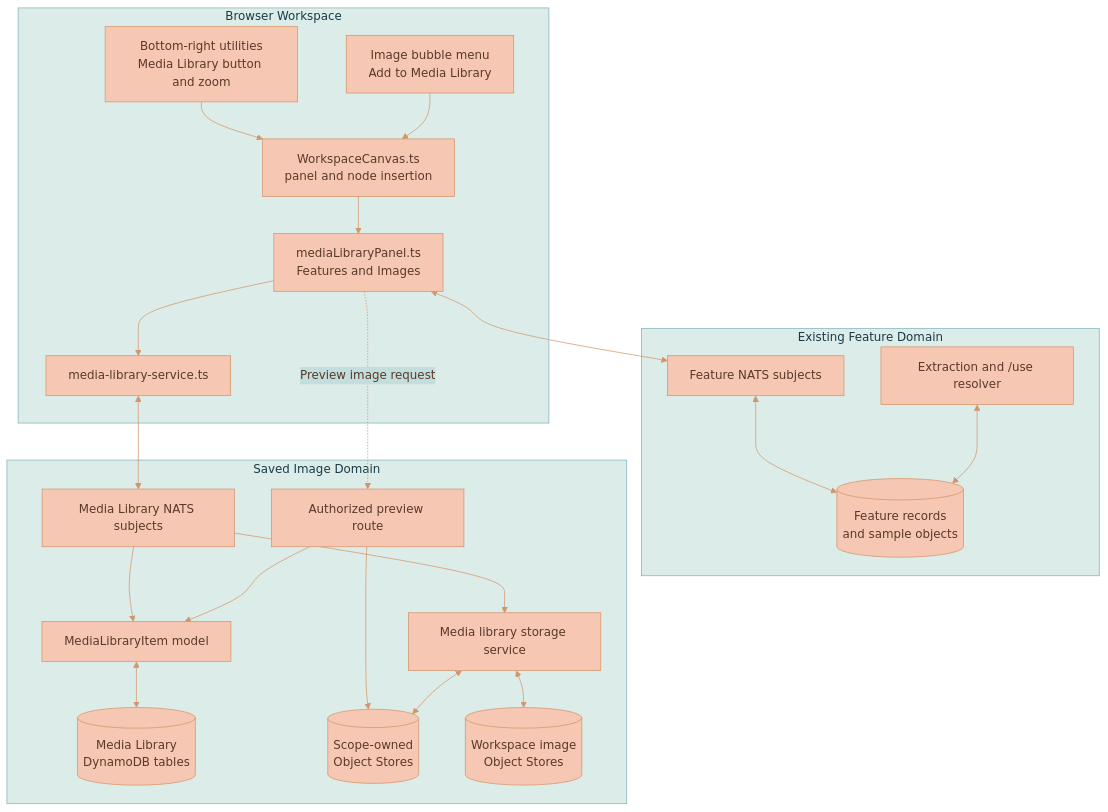
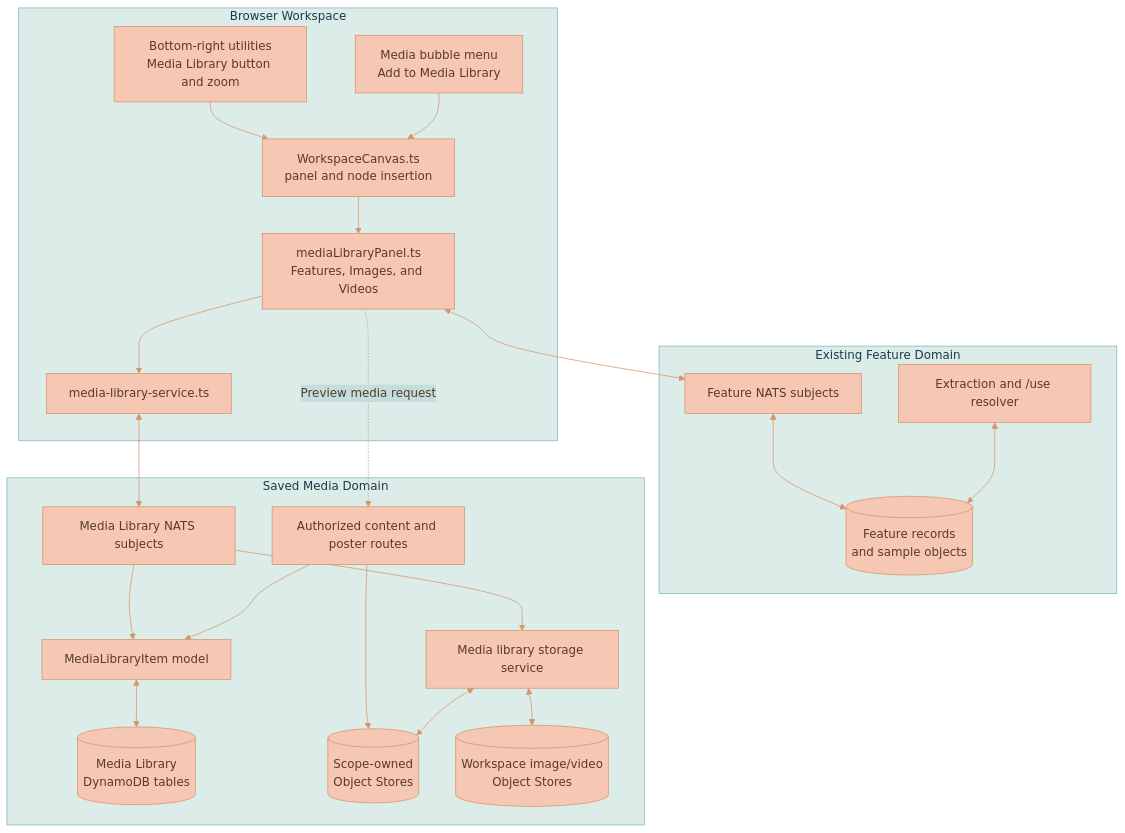
Before and after one commit to Lixpi/lixpi: the first of 2 diagrams in documentation/features/MEDIA-LIBRARY.md, drawn with Mermaid. The commit also changed other lines of this file and 13 other files, not shown here.

````diff
--- a/documentation/features/MEDIA-LIBRARY.md
+++ b/documentation/features/MEDIA-LIBRARY.md
@@ -39,44 +43,44 @@
 ```mermaid
 %%{init: {'theme': 'base', 'themeVariables': { 'primaryColor': '#F6C7B3', 'primaryTextColor': '#5a3a2a', 'primaryBorderColor': '#d4956a', 'secondaryColor': '#C3DEDD', 'secondaryTextColor': '#1a3a47', 'secondaryBorderColor': '#4a8a9d', 'tertiaryColor': '#DCECE9', 'tertiaryTextColor': '#1a3a47', 'tertiaryBorderColor': '#82B2C0', 'lineColor': '#d4956a', 'textColor': '#5a3a2a'}}}%%
 flowchart TB
     subgraph Browser["Browser Workspace"]
         Toolbar[Bottom-right utilities<br/>Media Library button and zoom]
-        Bubble[Image bubble menu<br/>Add to Media Library]
+        Bubble[Media bubble menu<br/>Add to Media Library]
         Canvas[WorkspaceCanvas.ts<br/>panel and node insertion]
-        Panel[mediaLibraryPanel.ts<br/>Features and Images]
-        ImageService[media-library-service.ts]
+        Panel[mediaLibraryPanel.ts<br/>Features, Images, and Videos]
+        MediaService[media-library-service.ts]
         Toolbar --> Canvas
         Bubble --> Canvas
         Canvas --> Panel
-        Panel --> ImageService
+        Panel --> MediaService
     end
 
     subgraph FeatureDomain["Existing Feature Domain"]
         FeatureSubjects[Feature NATS subjects]
         FeatureRecords[(Feature records<br/>and sample objects)]
         Resolver[Extraction and /use resolver]
         FeatureSubjects <--> FeatureRecords
         Resolver <--> FeatureRecords
     end
 
-    subgraph ImageDomain["Saved Image Domain"]
+    subgraph MediaDomain["Saved Media Domain"]
         MediaSubjects[Media Library NATS subjects]
-        MediaRoutes[Authorized preview route]
+        MediaRoutes[Authorized content and poster routes]
         MediaModel[MediaLibraryItem model]
         MediaStorage[Media library storage service]
         MediaRecords[(Media Library<br/>DynamoDB tables)]
         LibraryObjects[(Scope-owned<br/>Object Stores)]
-        WorkspaceObjects[(Workspace image<br/>Object Stores)]
+        WorkspaceObjects[(Workspace image/video<br/>Object Stores)]
         MediaSubjects --> MediaModel
         MediaSubjects --> MediaStorage
         MediaRoutes --> MediaModel
         MediaRoutes --> LibraryObjects
         MediaModel <--> MediaRecords
         MediaStorage <--> LibraryObjects
         MediaStorage <--> WorkspaceObjects
     end
 
     Panel <--> FeatureSubjects
-    ImageService <--> MediaSubjects
-    Panel -.->|Preview image request| MediaRoutes
+    MediaService <--> MediaSubjects
+    Panel -.->|Preview media request| MediaRoutes
 ```
````
